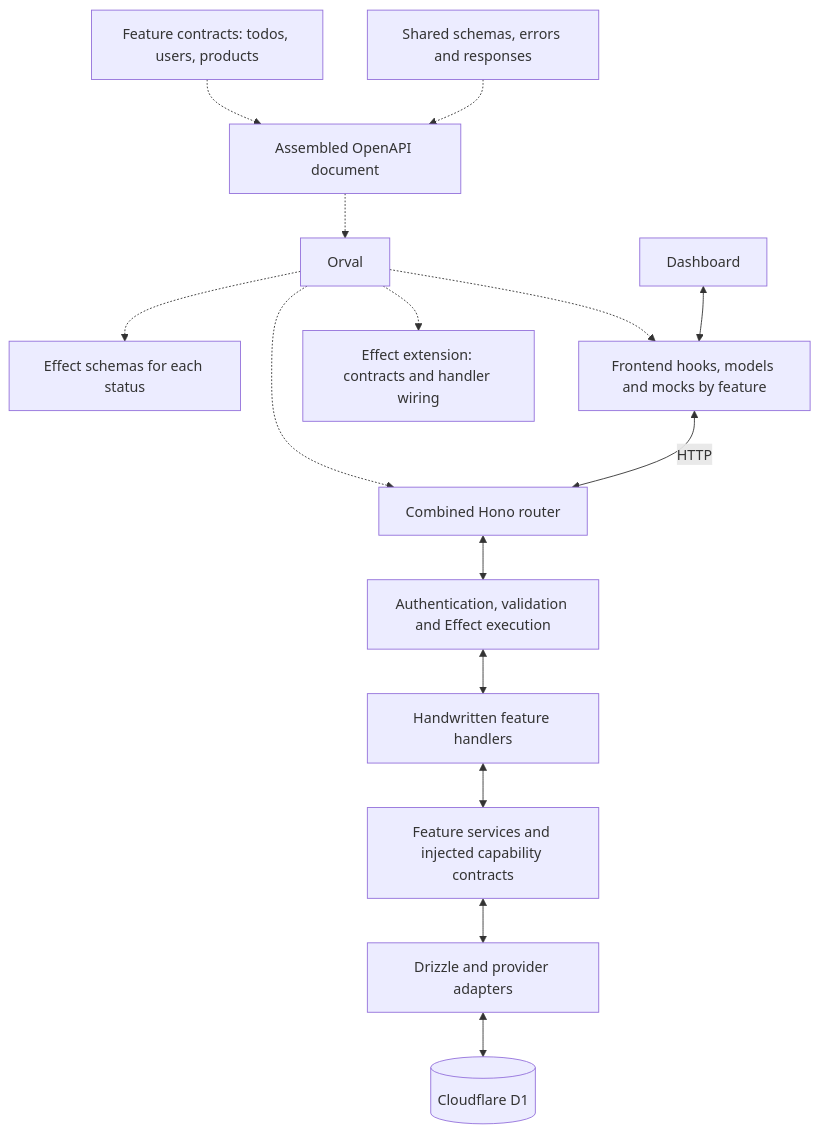
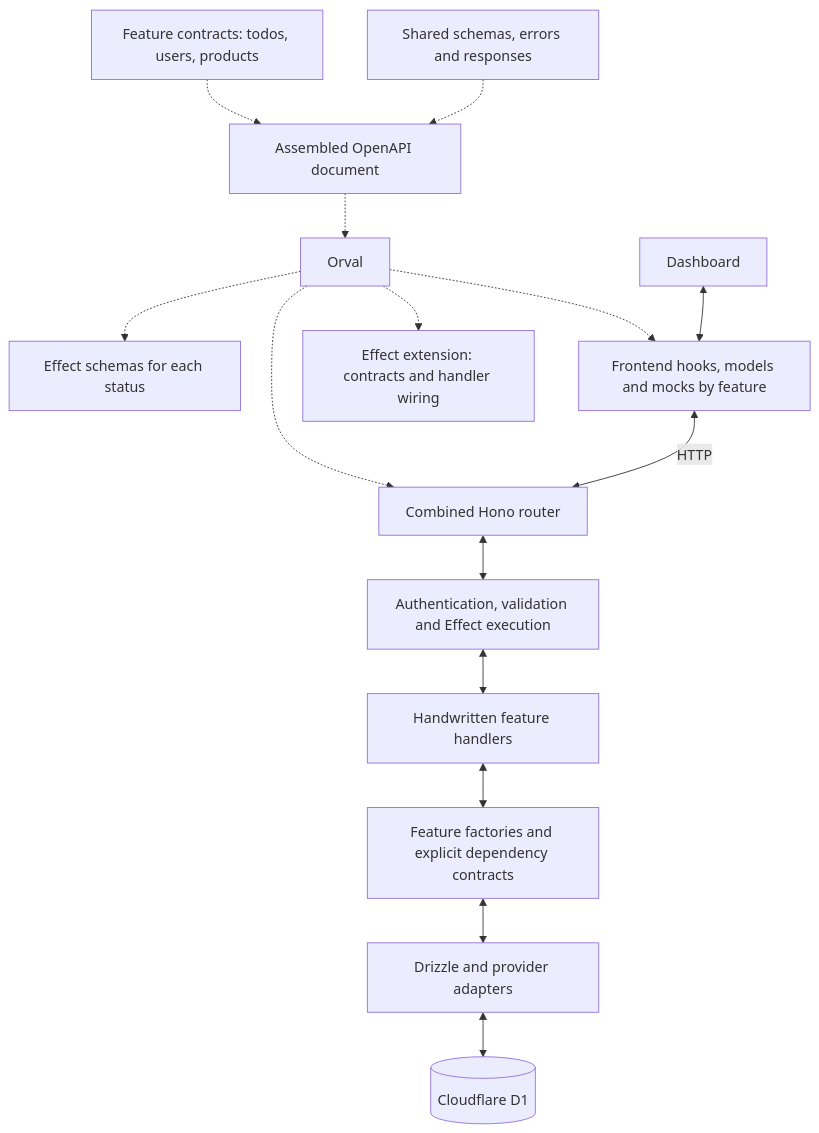
One commit to rowanhen/pnpm-cloudflare-tanstack-template changed the diagram in docs/api-architecture.md. Above: the diagram before and after it, drawn with Mermaid. The commit also changed other lines of this file and 168 other files, not shown here.

````diff
--- a/docs/api-architecture.md
+++ b/docs/api-architecture.md
@@ -16,17 +16,17 @@
 ```mermaid
 flowchart TD
     Features["Feature contracts: todos, users, products"] -.-> Bundle["Assembled OpenAPI document"]
     Shared["Shared schemas, errors and responses"] -.-> Bundle
     Bundle -.-> Orval
     Orval -.-> Routes["Combined Hono router"]
     Orval -.-> Schemas["Effect schemas for each status"]
     Orval -.-> Client["Frontend hooks, models and mocks by feature"]
     Orval -.-> Extension["Effect extension: contracts and handler wiring"]
     UI["Dashboard"] <--> Client
     Client <-->|HTTP| Routes
     Routes <--> Boundary["Authentication, validation and Effect execution"]
     Boundary <--> Handlers["Handwritten feature handlers"]
-    Handlers <--> Services["Feature services and injected capability contracts"]
+    Handlers <--> Services["Feature factories and explicit dependency contracts"]
     Services <--> Drizzle["Drizzle and provider adapters"]
     Drizzle <--> D1[("Cloudflare D1")]
 ```
````
